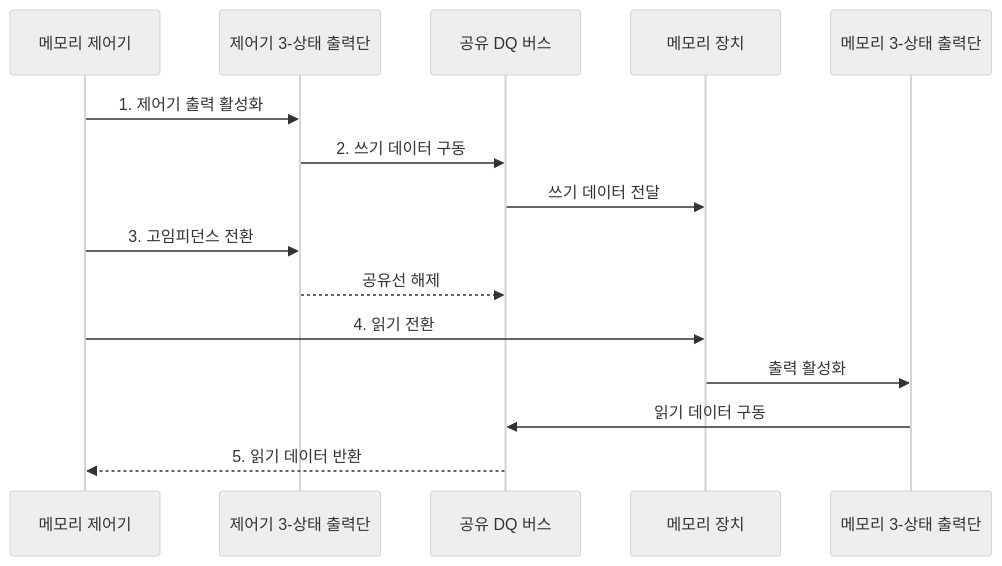
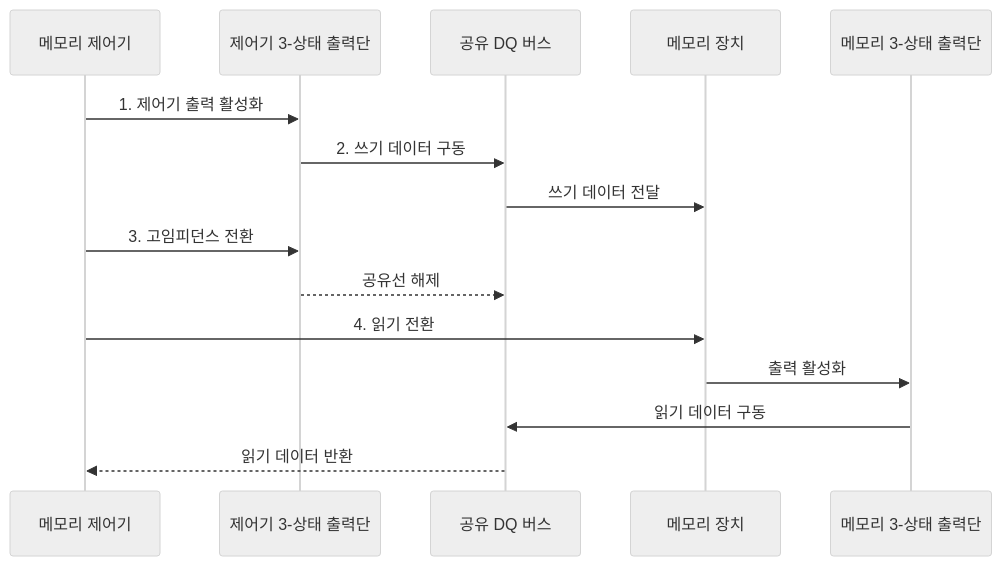
One commit to agnusdei1207/knowledge-base changed the second of 2 diagrams in src/content/docs/notes/02-hardware/037_tri_state_buffer.md. Above: the diagram before and after it, drawn with Mermaid (neutral theme). The commit also changed other lines of this file and 20 other files, not shown here.

````diff
--- a/src/content/docs/notes/02-hardware/037_tri_state_buffer.md
+++ b/src/content/docs/notes/02-hardware/037_tri_state_buffer.md
@@ -83,18 +83,18 @@
 ```mermaid
 sequenceDiagram
     participant C as 메모리 제어기
     participant TC as 제어기 3-상태 출력단
     participant B as 공유 DQ 버스
     participant M as 메모리 장치
     participant TM as 메모리 3-상태 출력단
 
     C->>TC: 1. 제어기 출력 활성화
     TC->>B: 2. 쓰기 데이터 구동
     B->>M: 쓰기 데이터 전달
     C->>TC: 3. 고임피던스 전환
     TC-->>B: 공유선 해제
     C->>M: 4. 읽기 전환
     M->>TM: 출력 활성화
     TM->>B: 읽기 데이터 구동
-    B-->>C: 5. 읽기 데이터 반환
+    B-->>C: 읽기 데이터 반환
 ```
````
